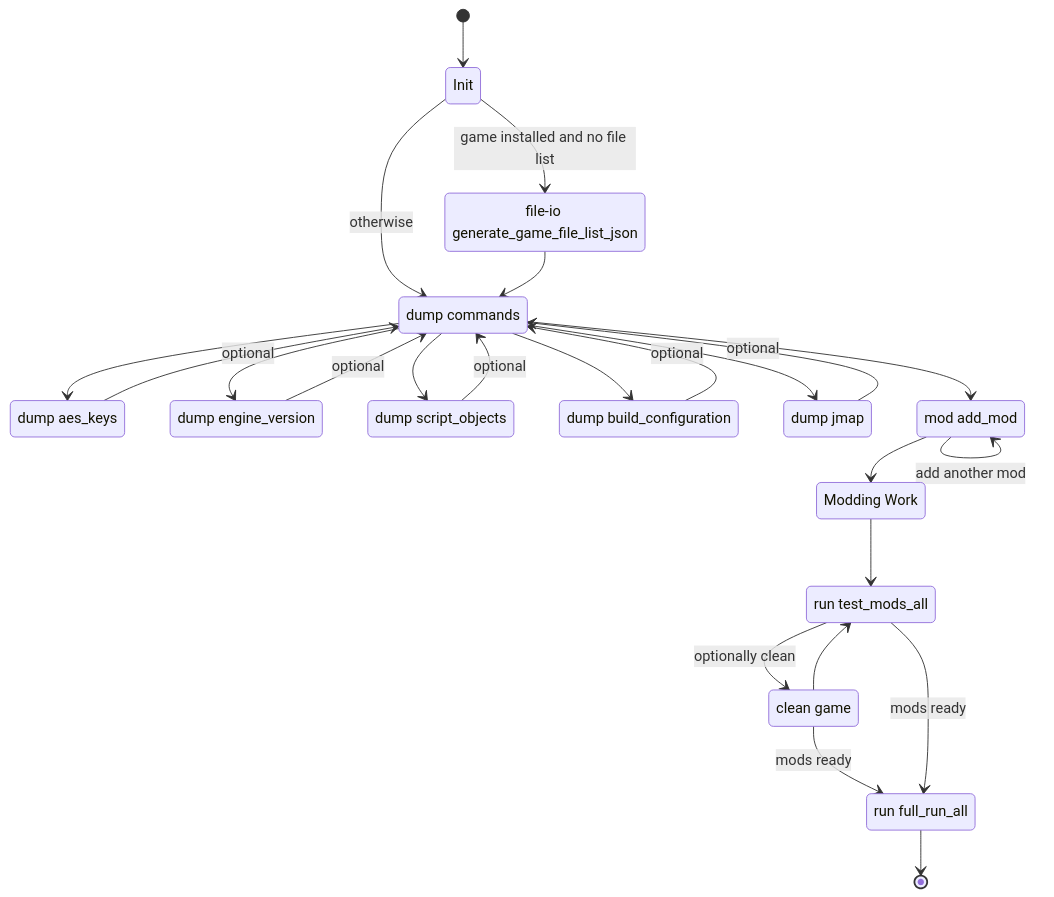
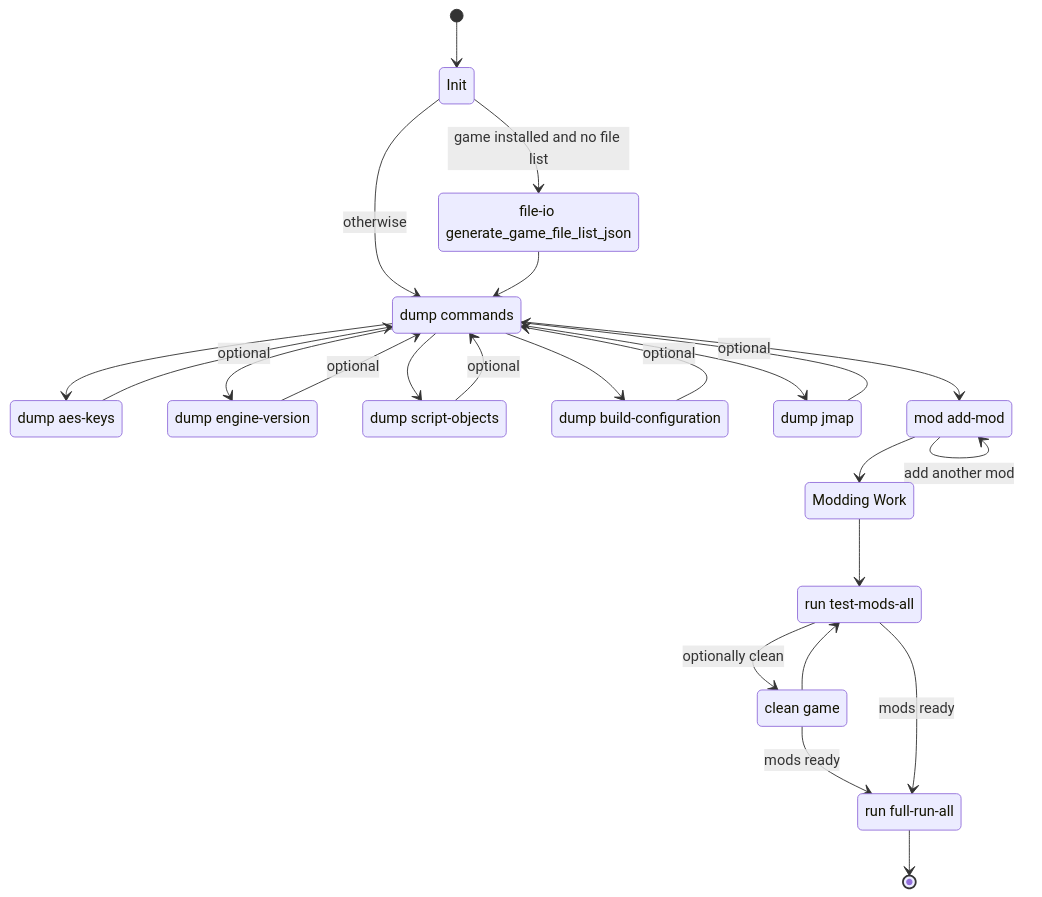
The diagram in docs/tutorials/workflows/standard.md (Tempo-Organization/tempo-cli), drawn with Mermaid before and after one commit. The commit also changed 45 other files, not shown here.

````diff
--- a/docs/tutorials/workflows/standard.md
+++ b/docs/tutorials/workflows/standard.md
@@ -1,50 +1,50 @@
 ```mermaid
 stateDiagram-v2
     [*] --> Init
 
     Init --> GenerateGameFileList : game installed and no file list
     Init --> DumpEntry : otherwise
 
     GenerateGameFileList --> DumpEntry
 
     %% Dumpers (all optional, loop back)
     DumpEntry --> DumpAESKeys
     DumpEntry --> DumpEngineVersion
     DumpEntry --> DumpScriptObjects
     DumpEntry --> DumpBuildConfiguration
     DumpEntry --> DumpJMap
     DumpEntry --> AddMod
 
     DumpAESKeys --> DumpEntry : optional
     DumpEngineVersion --> DumpEntry : optional
     DumpScriptObjects --> DumpEntry : optional
     DumpBuildConfiguration --> DumpEntry : optional
     DumpJMap --> DumpEntry : optional
 
     AddMod --> AddMod : add another mod
     AddMod --> UnrealEngineWork
 
     UnrealEngineWork --> TestModsAll
 
     TestModsAll --> CleanupPartial : optionally clean
     CleanupPartial --> TestModsAll
     CleanupPartial --> FullRunAll : mods ready
 
     TestModsAll --> FullRunAll : mods ready
 
     FullRunAll --> [*]
 
     %% States with readable labels
     state "file-io generate_game_file_list_json" as GenerateGameFileList
-    state "dump aes_keys" as DumpAESKeys
-    state "dump engine_version" as DumpEngineVersion
-    state "dump script_objects" as DumpScriptObjects
-    state "dump build_configuration" as DumpBuildConfiguration
+    state "dump aes-keys" as DumpAESKeys
+    state "dump engine-version" as DumpEngineVersion
+    state "dump script-objects" as DumpScriptObjects
+    state "dump build-configuration" as DumpBuildConfiguration
     state "dump jmap" as DumpJMap
-    state "mod add_mod" as AddMod
+    state "mod add-mod" as AddMod
     state "Modding Work" as UnrealEngineWork
-    state "run test_mods_all" as TestModsAll
+    state "run test-mods-all" as TestModsAll
     state "clean game" as CleanupPartial
-    state "run full_run_all" as FullRunAll
+    state "run full-run-all" as FullRunAll
     state "dump commands" as DumpEntry
 ```
````
